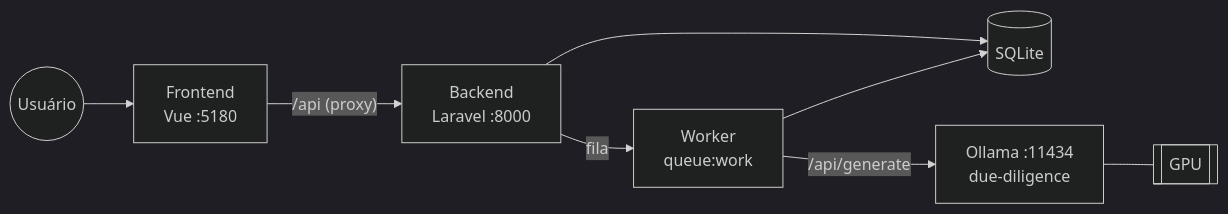
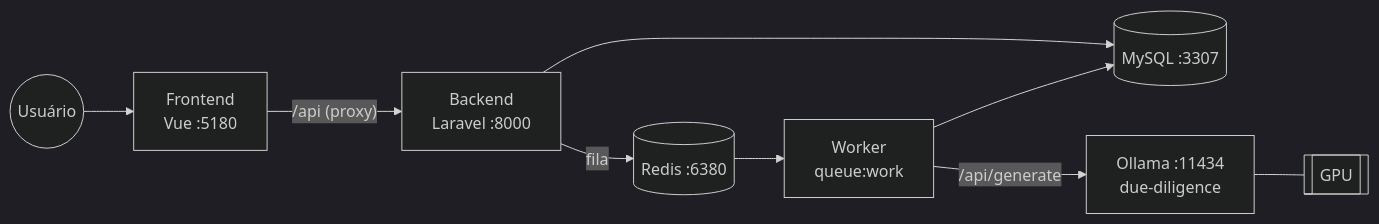
One commit to MacielSousa/due-diligence-ia changed the diagram in README.md. Above: the diagram before and after it, drawn with Mermaid (dark theme). The commit also changed other lines of this file and 5 other files, not shown here.

````diff
--- a/README.md
+++ b/README.md
@@ -23,10 +23,11 @@
 ```mermaid
 flowchart LR
     U((Usuário)) --> F["Frontend<br/>Vue :5180"]
     F -- "/api (proxy)" --> B["Backend<br/>Laravel :8000"]
-    B --> DB[("SQLite")]
-    B -- fila --> W["Worker<br/>queue:work"]
+    B --> DB[("MySQL :3307")]
+    B -- fila --> R[("Redis :6380")]
+    R --> W["Worker<br/>queue:work"]
     W -- "/api/generate" --> O["Ollama :11434<br/>due-diligence"]
     O --- G[["GPU"]]
     W --> DB
 ```
````
